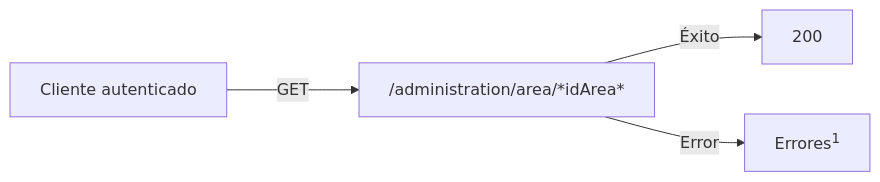
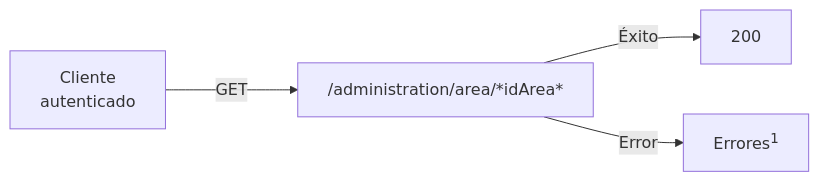
One commit to pedroifgonzalez/tecopos_api_doc changed the third of 8 diagrams in docs/procesos/almacenes.md. Above: the diagram before and after it, drawn with Mermaid. The commit also changed other lines of this file and 6 other files, not shown here.

````diff
--- a/docs/procesos/almacenes.md
+++ b/docs/procesos/almacenes.md
@@ -68,6 +76,7 @@
 ```mermaid
 flowchart LR
-	A[Cliente autenticado] -- GET ---> B[ /administration/area/*idArea*]
+	A[Cliente
+		autenticado] -- GET ---> B[ /administration/area/*idArea*]
 	B -- Éxito --> C[200]
 	B -- Error --> D[Errores<sup>1</sup>]
 ```
````
